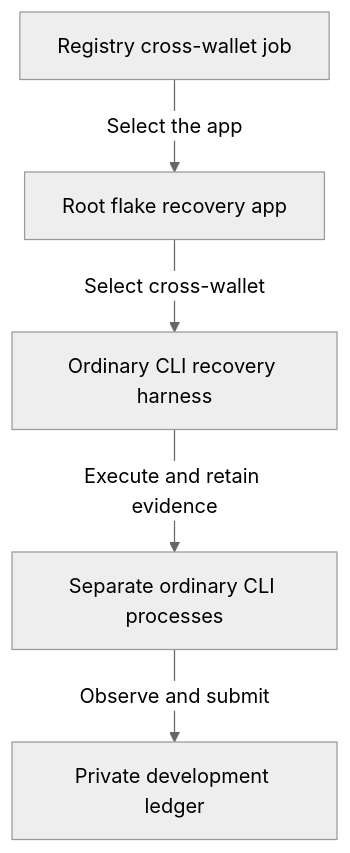
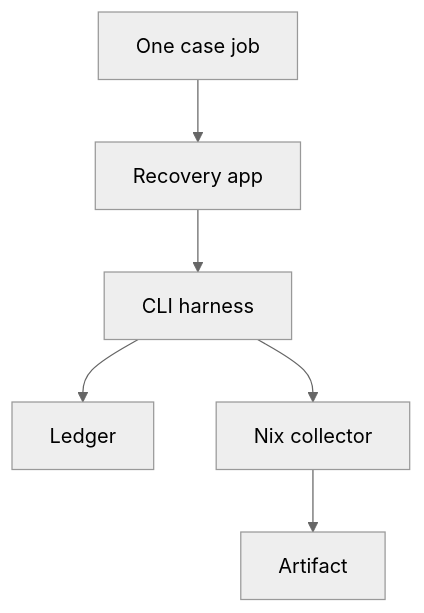
One commit to lambdasistemi/singular changed the diagram in specs/451-cross-wallet-fold/modules-model.md. Above: the diagram before and after it, drawn with Mermaid (neutral theme). The commit also changed other lines of this file and 11 other files, not shown here.

Commit message:
docs: bind the independent recovery case recut

````diff
--- a/specs/451-cross-wallet-fold/modules-model.md
+++ b/specs/451-cross-wallet-fold/modules-model.md
@@ -7,7 +7,8 @@
 ```mermaid
 flowchart TD
-    Job[Registry cross-wallet job] -->|Select the app| App[Root flake recovery app]
-    App -->|Select cross-wallet| Harness[Ordinary CLI recovery harness]
-    Harness -->|Execute and retain evidence| CLI[Separate ordinary CLI processes]
-    CLI -->|Observe and submit| Ledger[Private development ledger]
+    Job[One case job] --> App[Recovery app]
+    App --> Harness[CLI harness]
+    Harness --> Ledger[Ledger]
+    Harness --> Collector[Nix collector]
+    Collector --> Bundle[Artifact]
 ```
````
